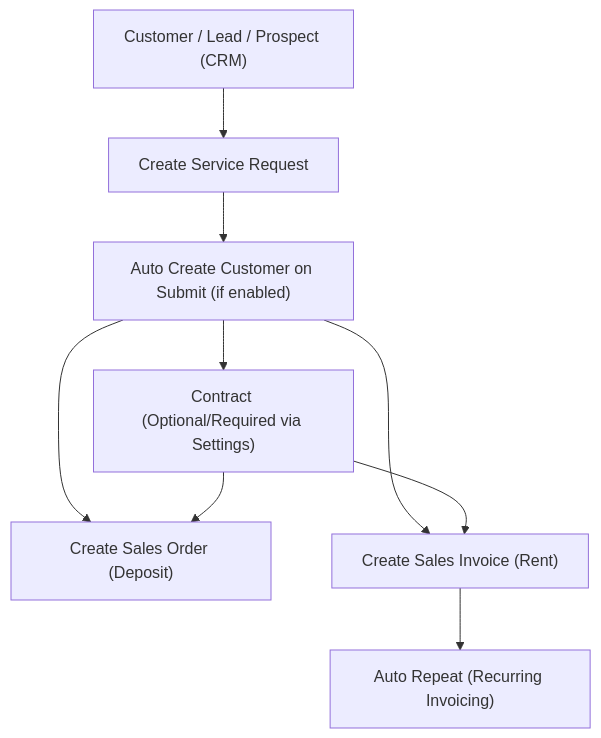
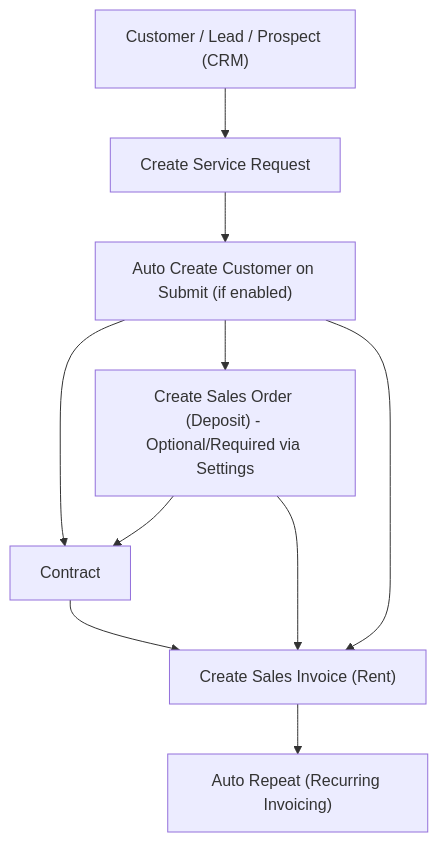
One commit to navariltd/utility-billing changed the diagram in utility_billing/docs/Property-Management.md. Above: the diagram before and after it, drawn with Mermaid. The commit also changed other lines of this file and 13 other files, not shown here.

````diff
--- a/utility_billing/docs/Property-Management.md
+++ b/utility_billing/docs/Property-Management.md
@@ -48,11 +48,12 @@
 ```mermaid
 graph TD
     A["Customer / Lead / Prospect (CRM)"] --> B["Create Service Request"]
     B --> C["Auto Create Customer on Submit (if enabled)"]
-    C --> E["Contract (Optional/Required via Settings)"]
-    C --> F["Create Sales Order (Deposit)"]
+    C --> F["Contract"]
+    C --> E["Create Sales Order (Deposit) - Optional/Required via Settings"]
     E --> F
+    F --> G
     C --> G["Create Sales Invoice (Rent)"]
     E --> G
     G --> H["Auto Repeat (Recurring Invoicing)"]
 ```
````
